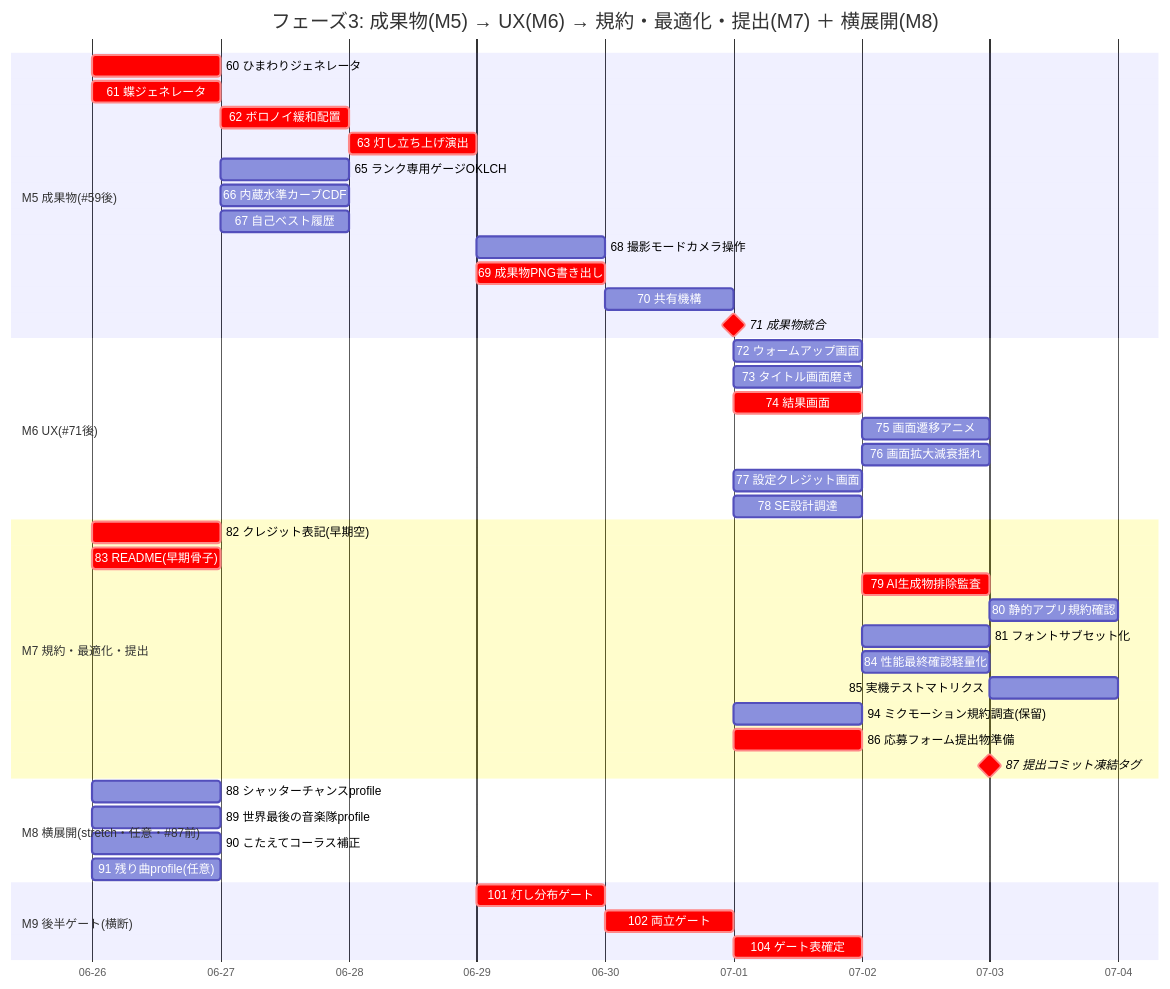
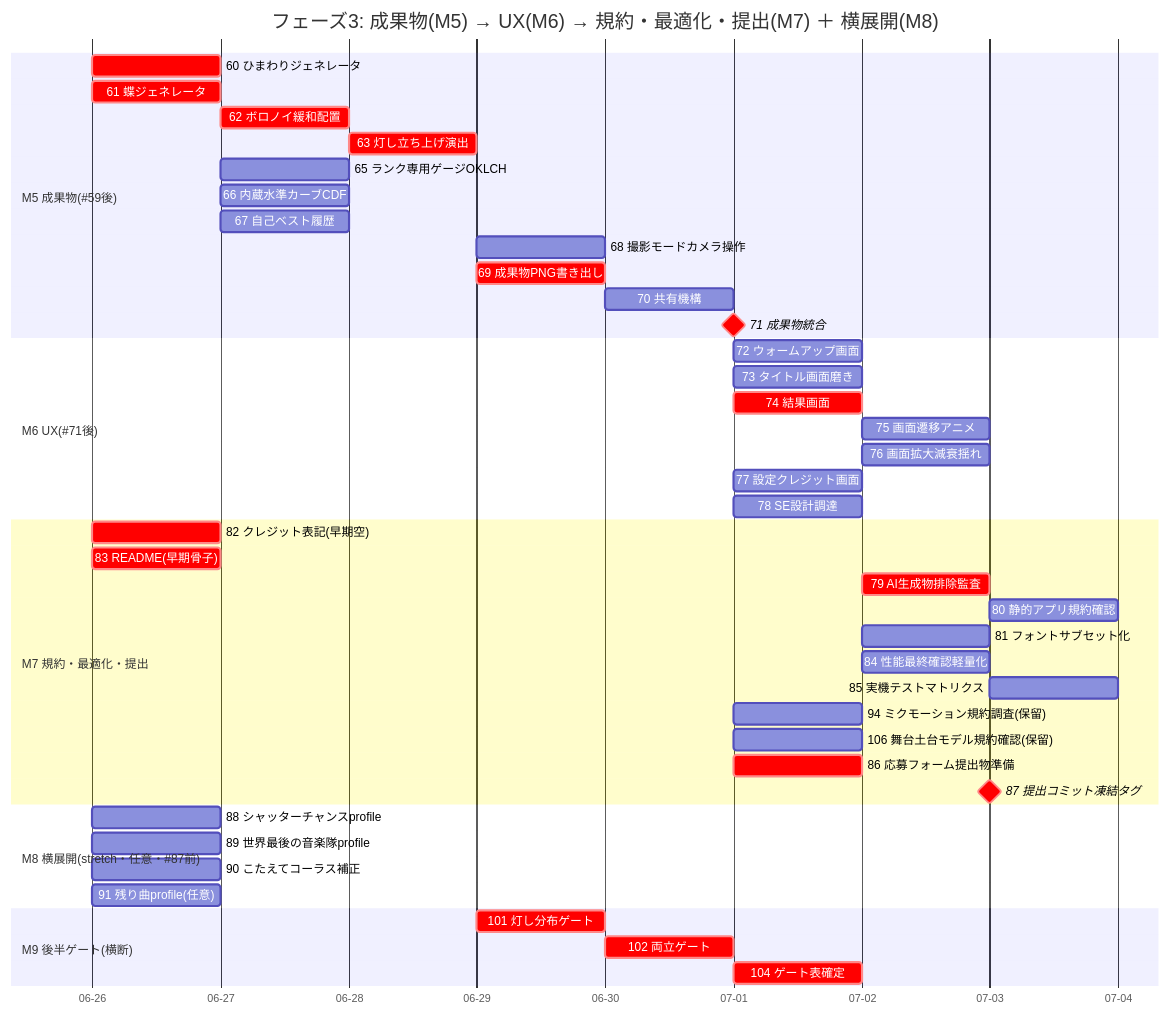
The fourth of 4 diagrams in docs/dev-roadmap-gantt.md (KaitoShioya/magical-mirai-2026-procon), drawn with Mermaid before and after one commit. The commit also changed other lines of this file and 11 other files, not shown here.

````diff
--- a/docs/dev-roadmap-gantt.md
+++ b/docs/dev-roadmap-gantt.md
@@ -182,46 +183,47 @@
 ```mermaid
 gantt
   title フェーズ3: 成果物(M5) → UX(M6) → 規約・最適化・提出(M7) ＋ 横展開(M8)
   dateFormat YYYY-MM-DD
   axisFormat %m-%d
   section M5 成果物(#59後)
     60 ひまわりジェネレータ    :crit, i60, 2026-06-26, 1d
     61 蝶ジェネレータ         :crit, i61, 2026-06-26, 1d
     62 ボロノイ緩和配置        :crit, i62, after i60 i61, 1d
     63 灯し立ち上げ演出        :crit, i63, after i62, 1d
     65 ランク専用ゲージOKLCH   :i65, after i60, 1d
     66 内蔵水準カーブCDF       :i66, after i60, 1d
     67 自己ベスト履歴          :i67, after i60, 1d
     68 撮影モードカメラ操作     :i68, after i63, 1d
     69 成果物PNG書き出し       :crit, i69, after i63, 1d
     70 共有機構               :i70, after i69, 1d
     71 成果物統合             :milestone, crit, i71, after i60 i61 i62 i63 i65 i66 i67 i68 i69 i70, 0d
   section M6 UX(#71後)
     72 ウォームアップ画面      :i72, after i71, 1d
     73 タイトル画面磨き        :i73, after i71, 1d
     74 結果画面               :crit, i74, after i71, 1d
     75 画面遷移アニメ          :i75, after i74, 1d
     76 画面拡大減衰揺れ        :i76, after i74, 1d
     77 設定クレジット画面       :i77, after i71, 1d
     78 SE設計調達             :i78, after i71, 1d
   section M7 規約・最適化・提出
     82 クレジット表記(早期空)   :crit, i82, 2026-06-26, 1d
     83 README(早期骨子)       :crit, i83, 2026-06-26, 1d
     79 AI生成物排除監査        :crit, i79, after i74, 1d
     80 静的アプリ規約確認       :i80, after i79, 1d
     81 フォントサブセット化     :i81, after i74, 1d
     84 性能最終確認軽量化       :i84, after i74, 1d
     85 実機テストマトリクス     :i85, after i84, 1d
     94 ミクモーション規約調査(保留) :i94, after i71, 1d
+    106 舞台土台モデル規約確認(保留) :i106, after i71, 1d
     86 応募フォーム提出物準備   :crit, i86, after i71, 1d
     87 提出コミット凍結タグ     :milestone, crit, i87, after i71 i74 i79 i82 i83 i86 i104, 0d
   section M8 横展開(stretch・任意・#87前)
     88 シャッターチャンスprofile :i88, 2026-06-26, 1d
     89 世界最後の音楽隊profile  :i89, 2026-06-26, 1d
     90 こたえてコーラス補正     :i90, 2026-06-26, 1d
     91 残り曲profile(任意)     :i91, 2026-06-26, 1d
   section M9 後半ゲート(横断)
     101 灯し分布ゲート         :crit, i101, after i62 i63, 1d
     102 両立ゲート            :crit, i102, after i101, 1d
     104 ゲート表確定          :crit, i104, after i101 i102, 1d
 ```
````
